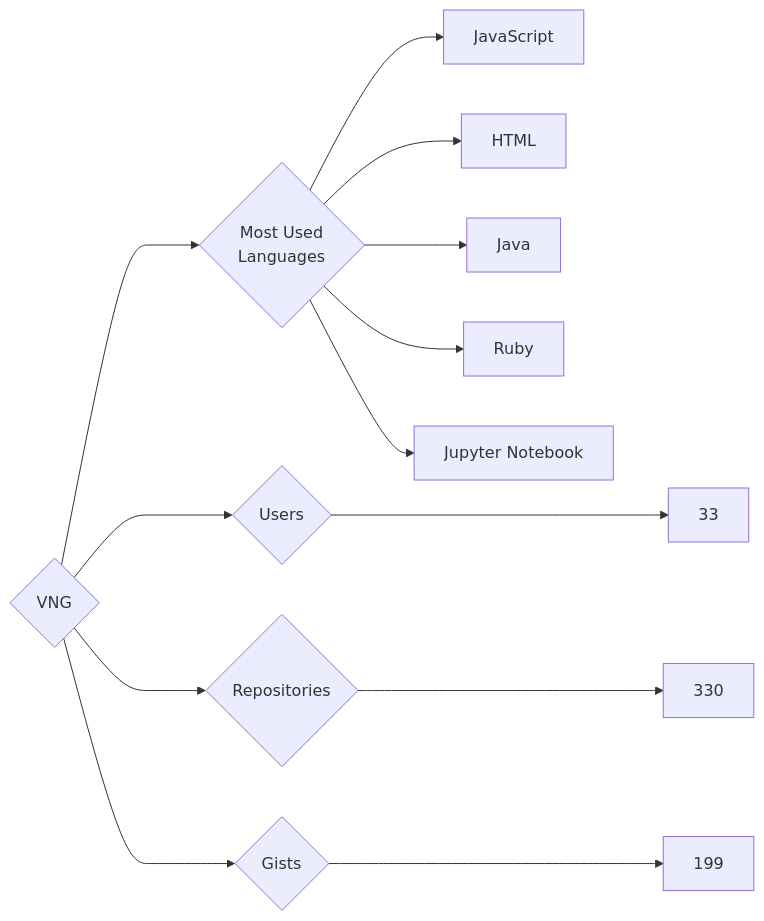
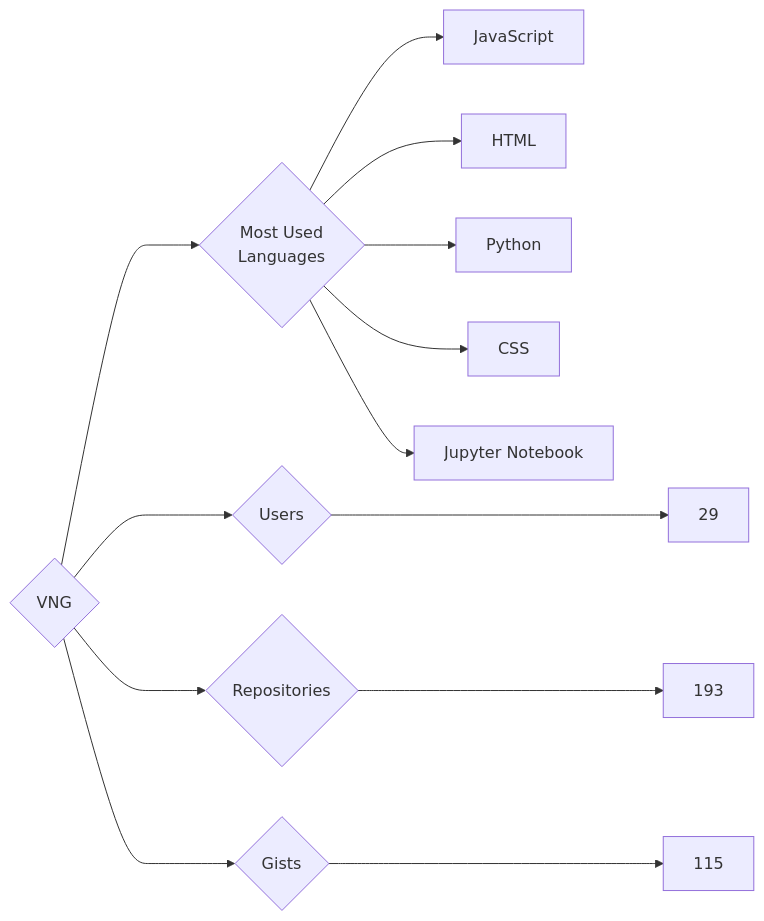
Before and after one commit to trickest/insiders: the diagram in targets/VNG/README.md, drawn with Mermaid. The commit also changed 715 other files, not shown here.

````diff
--- a/targets/VNG/README.md
+++ b/targets/VNG/README.md
@@ -3,13 +3,13 @@
 ```mermaid
 graph LR
 COMPANY_NAME{VNG}
-COMPANY_NAME ---> U{Users} ---> UN[33]
-COMPANY_NAME ---> R{Repositories} ---> RN[330]
-COMPANY_NAME ---> G{Gists} ---> GN[199]
+COMPANY_NAME ---> U{Users} ---> UN[29]
+COMPANY_NAME ---> R{Repositories} ---> RN[193]
+COMPANY_NAME ---> G{Gists} ---> GN[115]
 COMPANY_NAME ---> ML{Most Used<br>Languages}
 ML --> JavaScript[JavaScript]
 ML --> HTML[HTML]
-ML --> Java[Java]
-ML --> Ruby[Ruby]
+ML --> Python[Python]
+ML --> CSS[CSS]
 ML --> Jupyter_Notebook[Jupyter Notebook]
 ```
````
